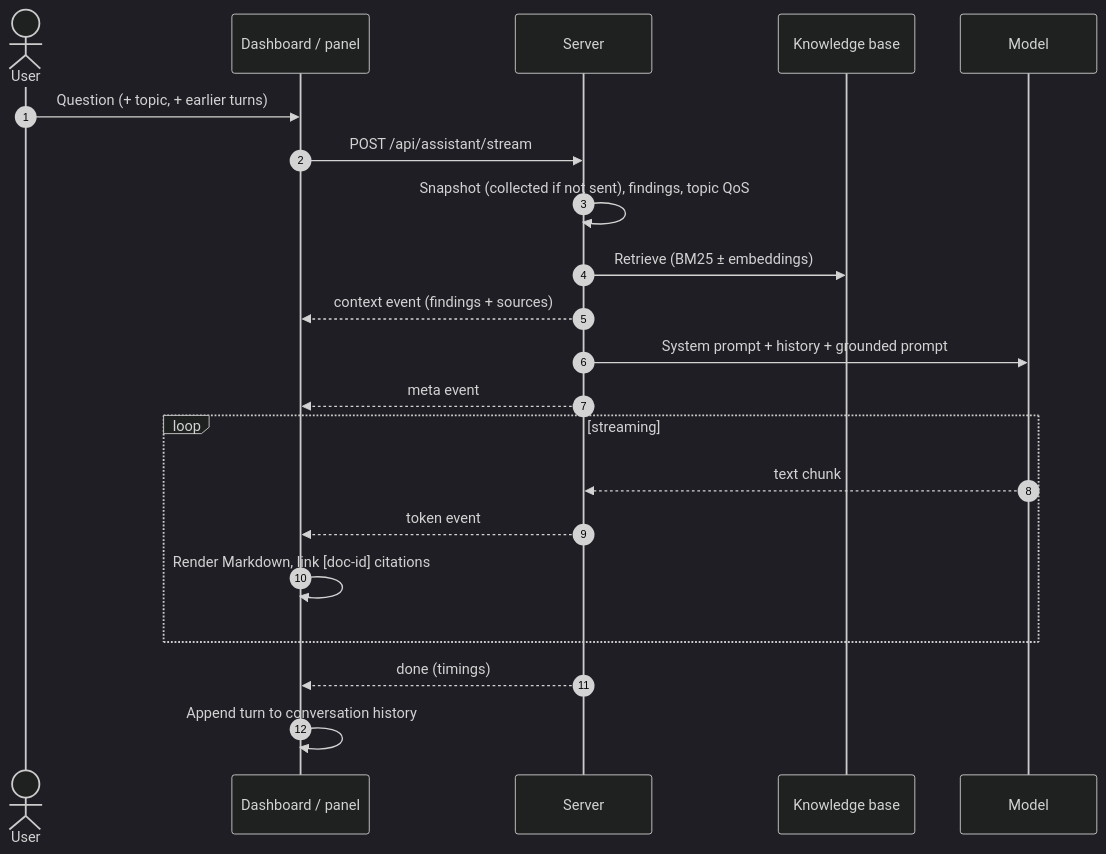
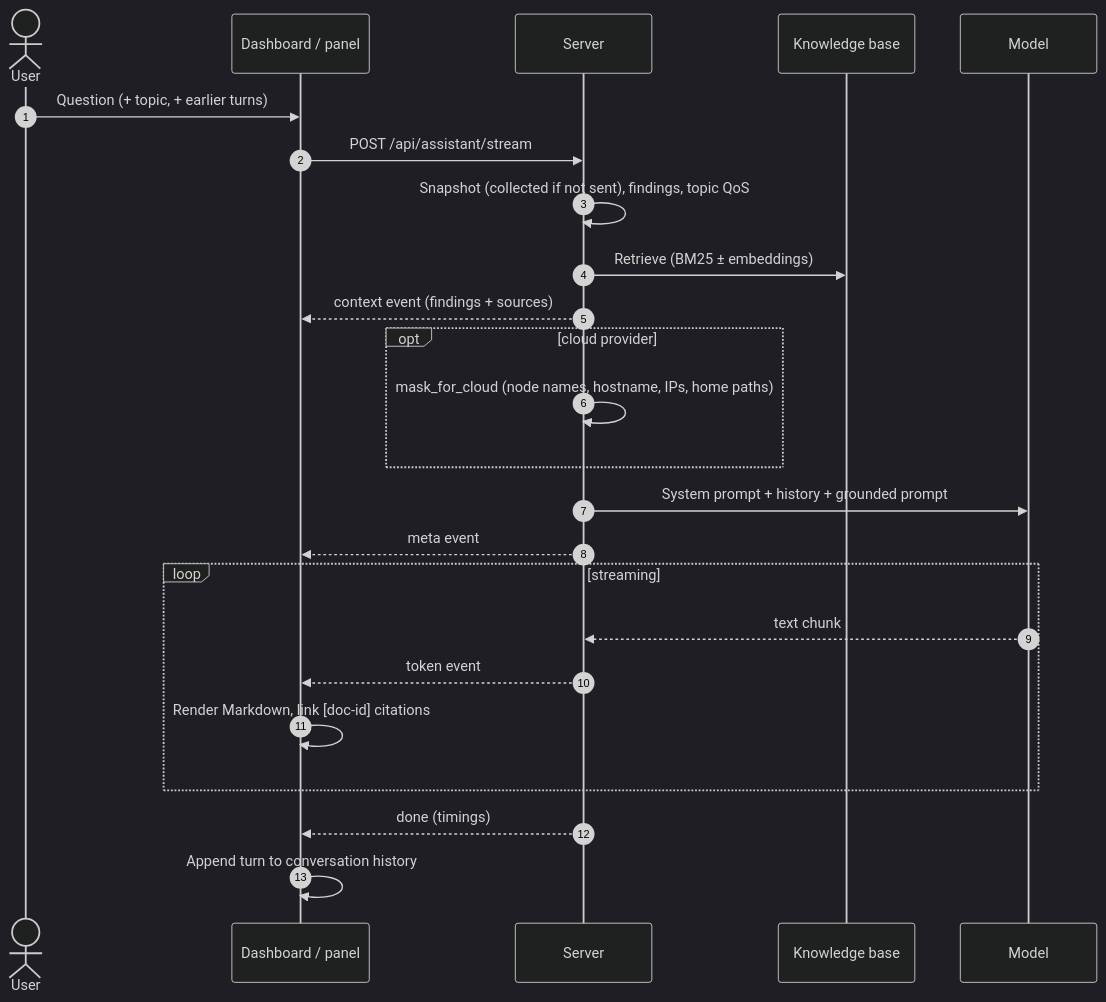
The second of 4 diagrams in docs/architecture/flows.md (Animesh2507/dds-autodiag), drawn with Mermaid (dark theme) before and after one commit. The commit also changed other lines of this file and 35 other files, not shown here.

````diff
--- a/docs/architecture/flows.md
+++ b/docs/architecture/flows.md
@@ -28,23 +29,26 @@
 ```mermaid
 sequenceDiagram
     autonumber
     actor U as User
     participant C as Dashboard / panel
     participant S as Server
     participant K as Knowledge base
     participant M as Model
     U->>C: Question (+ topic, + earlier turns)
     C->>S: POST /api/assistant/stream
     S->>S: Snapshot (collected if not sent), findings, topic QoS
     S->>K: Retrieve (BM25 ± embeddings)
     S-->>C: context event (findings + sources)
+    opt cloud provider
+        S->>S: mask_for_cloud (node names, hostname, IPs, home paths)
+    end
     S->>M: System prompt + history + grounded prompt
     S-->>C: meta event
     loop streaming
         M-->>S: text chunk
         S-->>C: token event
         C->>C: Render Markdown, link [doc-id] citations
     end
     S-->>C: done (timings)
     C->>C: Append turn to conversation history
 ```
````
